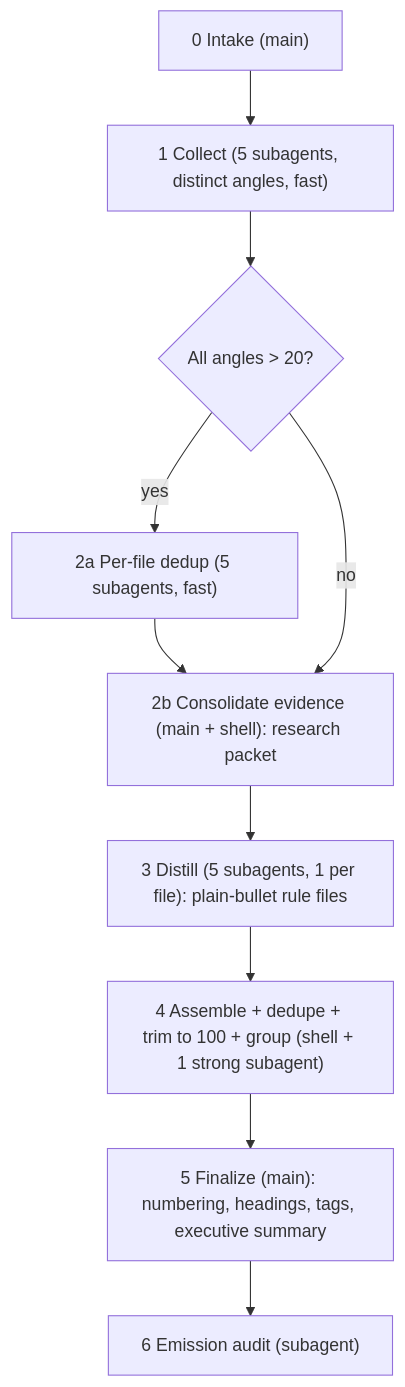
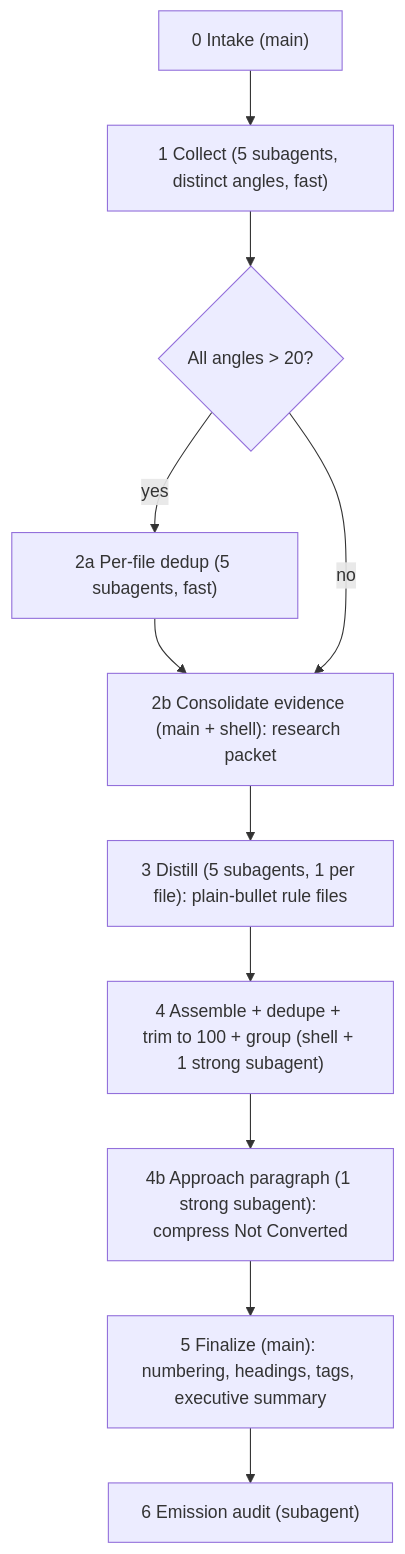
Before and after one commit to cppalliance/tools-public: the diagram in tools/make-how-to.md, drawn with Mermaid. The commit also changed other lines of this file and 2 other files, not shown here.

````diff
--- a/tools/make-how-to.md
+++ b/tools/make-how-to.md
@@ -19,12 +19,13 @@
 ```mermaid
 flowchart TD
     S0["0 Intake (main)"] --> S1["1 Collect (5 subagents, distinct angles, fast)"]
     S1 --> S2a{"All angles > 20?"}
     S2a -->|yes| S2b["2a Per-file dedup (5 subagents, fast)"]
     S2b --> S2c["2b Consolidate evidence (main + shell): research packet"]
     S2a -->|no| S2c
     S2c --> S3["3 Distill (5 subagents, 1 per file): plain-bullet rule files"]
     S3 --> S4["4 Assemble + dedupe + trim to 100 + group (shell + 1 strong subagent)"]
-    S4 --> S5["5 Finalize (main): numbering, headings, tags, executive summary"]
+    S4 --> S4b["4b Approach paragraph (1 strong subagent): compress Not Converted"]
+    S4b --> S5["5 Finalize (main): numbering, headings, tags, executive summary"]
     S5 --> S6["6 Emission audit (subagent)"]
 ```
````
